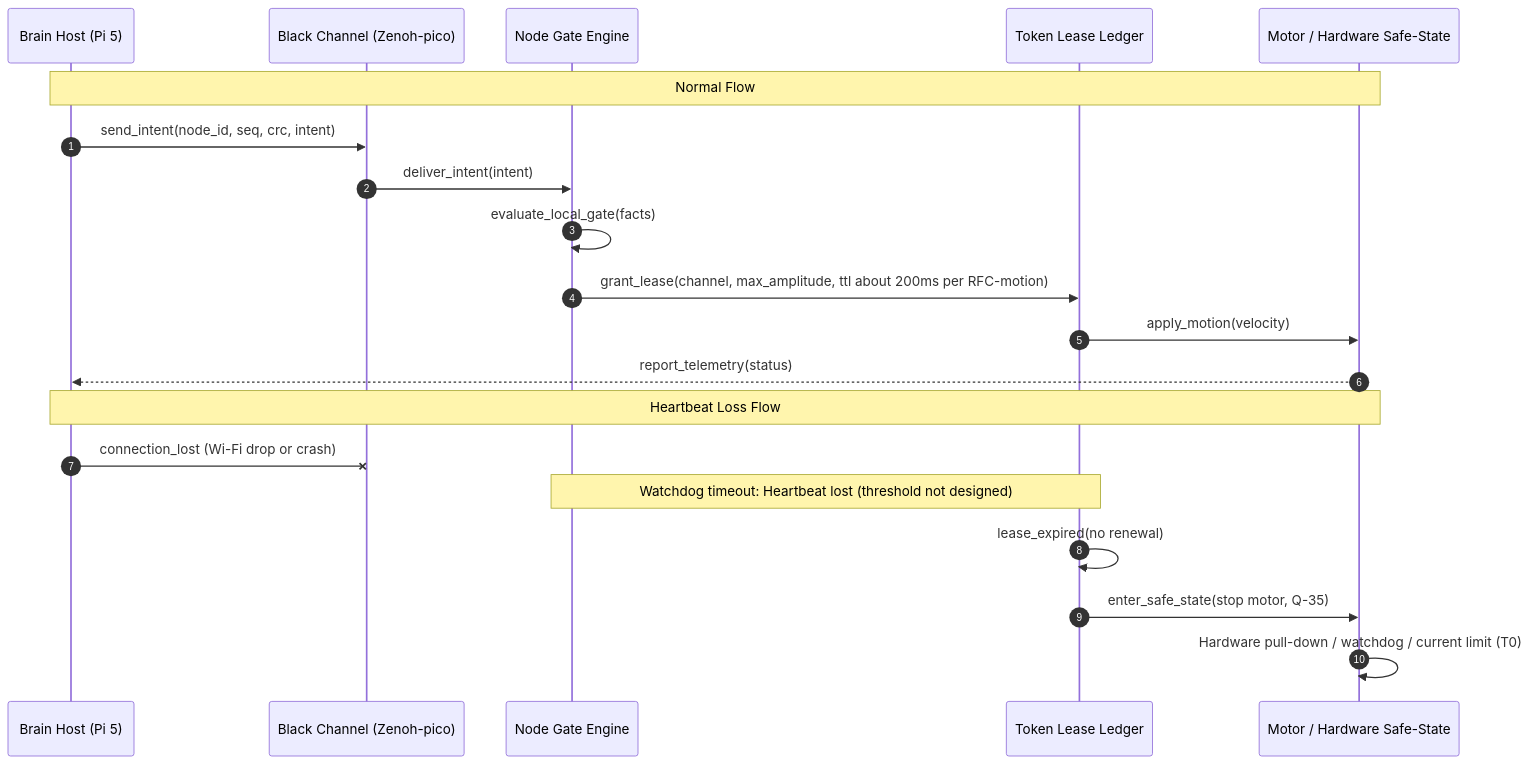
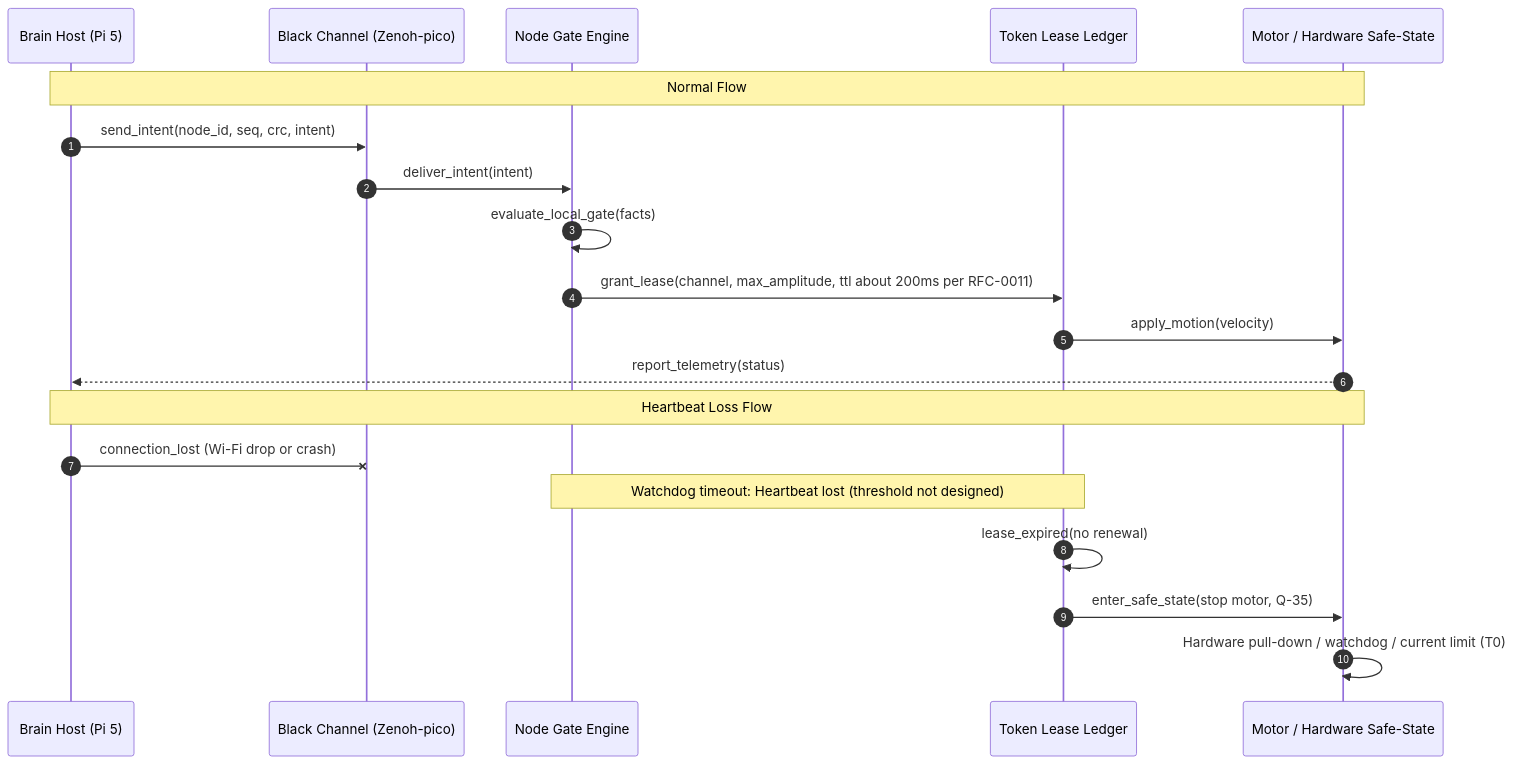
Before and after one commit to letrongminh/neuroedge-init: the seventh of 8 diagrams in docs/architecture/en/15-target-architecture.md, drawn with Mermaid. The commit also changed other lines of this file and 35 other files, not shown here.

First line of the commit message:
docs: align design notes, proposal, architecture and user docs with the MVP (Q-52..Q-55)

````diff
--- a/docs/architecture/en/15-target-architecture.md
+++ b/docs/architecture/en/15-target-architecture.md
@@ -382,24 +386,24 @@
 ```mermaid
 sequenceDiagram
     autonumber
     participant Brain as Brain Host (Pi 5)
     participant Wire as Black Channel (Zenoh-pico)
     participant NodeGate as Node Gate Engine
     participant Lease as Token Lease Ledger
     participant Actuator as Motor / Hardware Safe-State
 
     Note over Brain,Actuator: Normal Flow
     Brain->>Wire: send_intent(node_id, seq, crc, intent)
     Wire->>NodeGate: deliver_intent(intent)
     NodeGate->>NodeGate: evaluate_local_gate(facts)
-    NodeGate->>Lease: grant_lease(channel, max_amplitude, ttl about 200ms per RFC-motion)
+    NodeGate->>Lease: grant_lease(channel, max_amplitude, ttl about 200ms per RFC-0011)
     Lease->>Actuator: apply_motion(velocity)
     Actuator-->>Brain: report_telemetry(status)
 
     Note over Brain,Actuator: Heartbeat Loss Flow
     Brain-xWire: connection_lost (Wi-Fi drop or crash)
     Note over NodeGate,Lease: Watchdog timeout: Heartbeat lost (threshold not designed)
     Lease->>Lease: lease_expired(no renewal)
     Lease->>Actuator: enter_safe_state(stop motor, Q-35)
     Actuator->>Actuator: Hardware pull-down / watchdog / current limit (T0)
 ```
````
